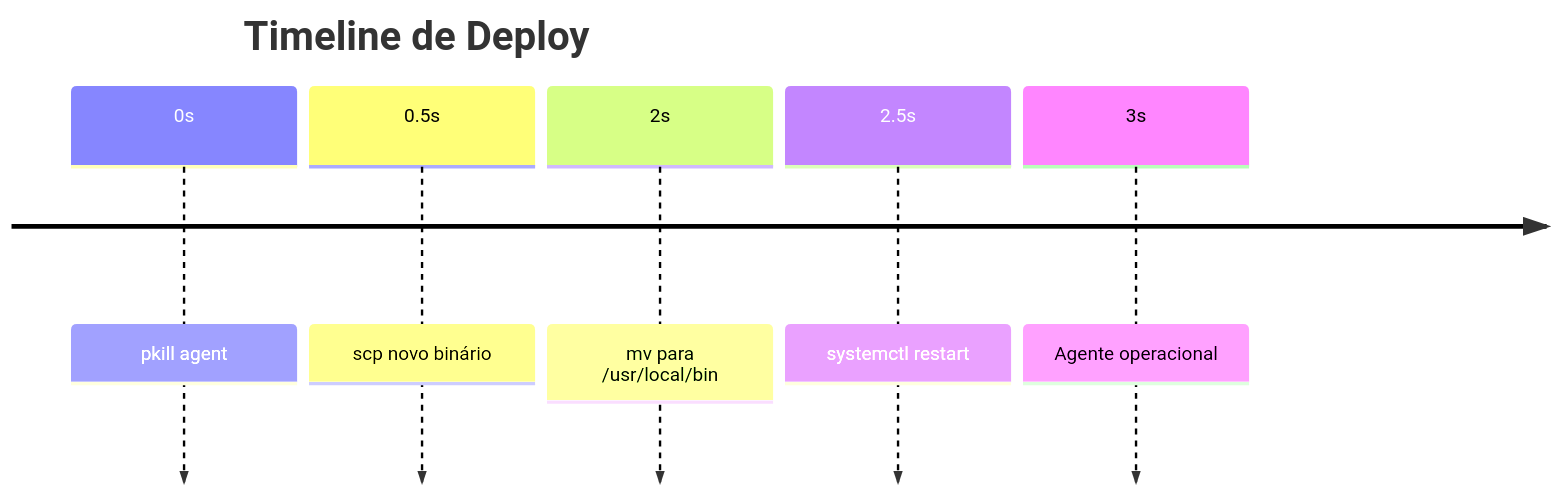
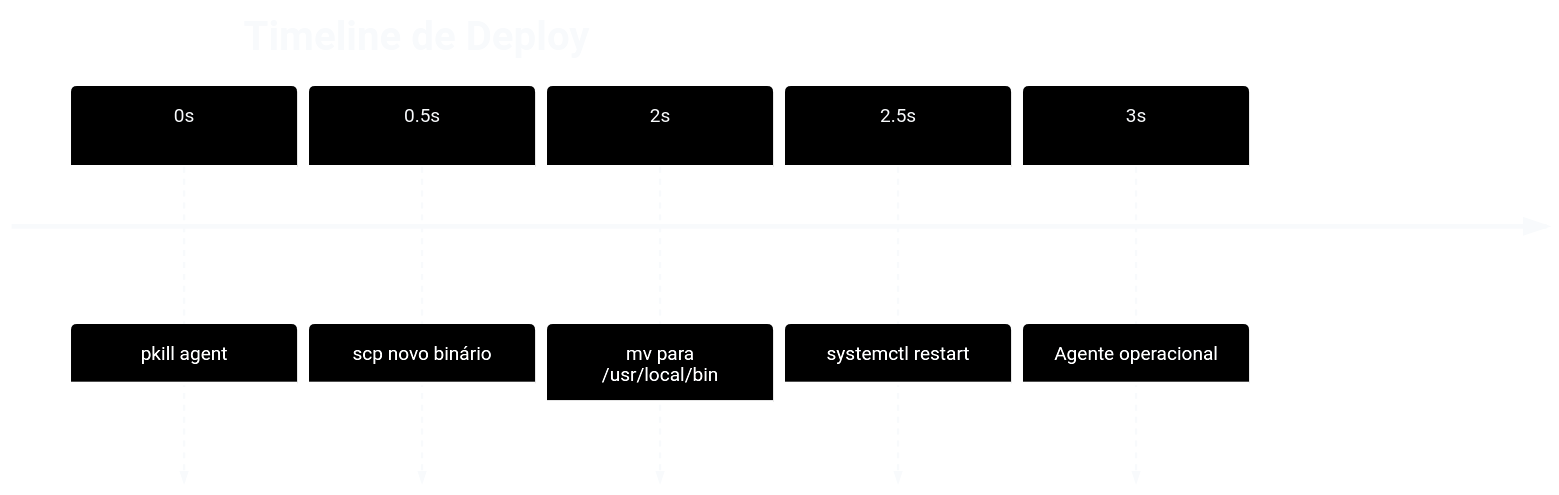
One commit to Munique-Feitoza/server-controller changed the eighth of 8 diagrams in docs/DEPLOYMENT.md. Above: the diagram before and after it, drawn with Mermaid. The commit also changed other lines of this file and 8 other files, not shown here.

First line of the commit message:
docs: aplicar tema visual consistente nos diagramas mermaid

````diff
--- a/docs/DEPLOYMENT.md
+++ b/docs/DEPLOYMENT.md
@@ -310,9 +408,10 @@
 ```mermaid
+%%{init: { "theme": "base", "themeVariables": { "fontFamily": "Inter, sans-serif", "primaryColor": "#1e293b", "primaryTextColor": "#f8fafc", "primaryBorderColor": "#334155", "lineColor": "#64748b" } }}%%
 timeline
     title Timeline de Deploy
     0s : pkill agent
     0.5s : scp novo binário
     2s : mv para /usr/local/bin
     2.5s : systemctl restart
     3s : Agente operacional
 ```
````
